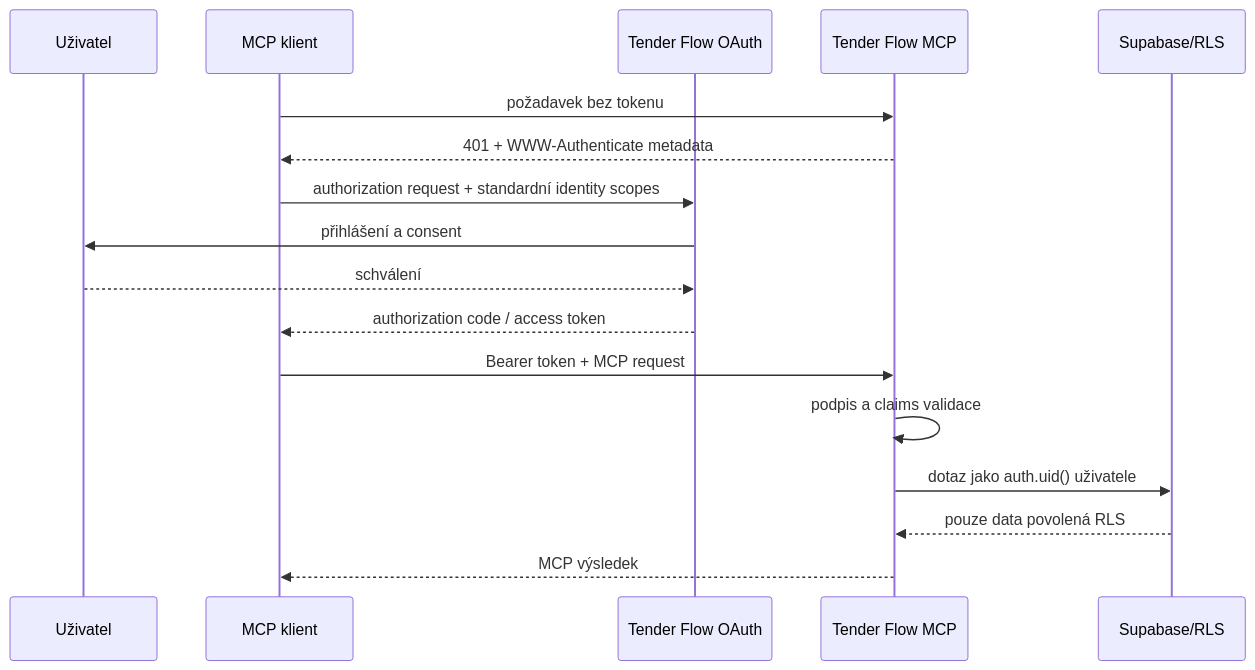
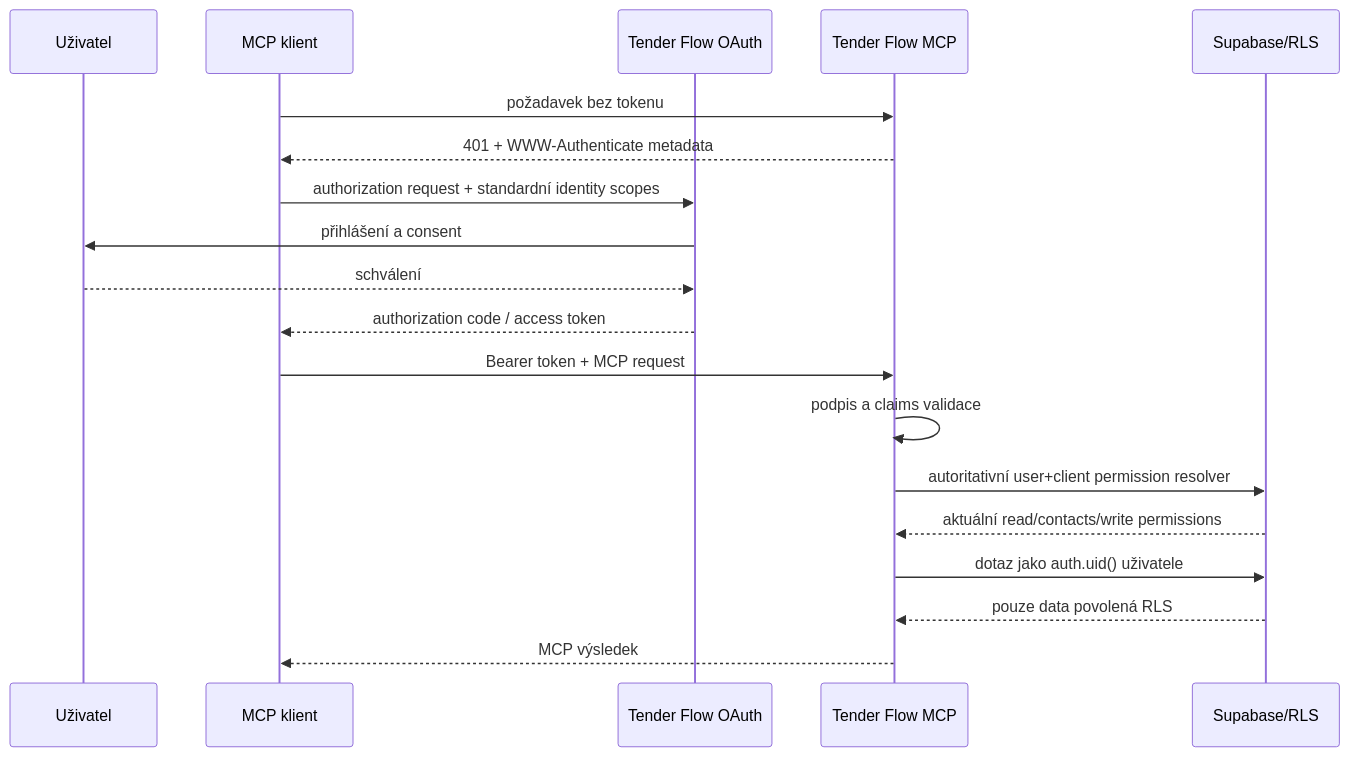
Before and after one commit to Martin82K/Tender-Flow: the diagram in docs/mcp/authentication.md, drawn with Mermaid. The commit also changed other lines of this file and 25 other files, not shown here.

````diff
--- a/docs/mcp/authentication.md
+++ b/docs/mcp/authentication.md
@@ -13,19 +13,21 @@
 ```mermaid
 sequenceDiagram
   participant U as Uživatel
   participant C as MCP klient
   participant O as Tender Flow OAuth
   participant M as Tender Flow MCP
   participant D as Supabase/RLS
   C->>M: požadavek bez tokenu
   M-->>C: 401 + WWW-Authenticate metadata
   C->>O: authorization request + standardní identity scopes
   O->>U: přihlášení a consent
   U-->>O: schválení
   O-->>C: authorization code / access token
   C->>M: Bearer token + MCP request
   M->>M: podpis a claims validace
+  M->>D: autoritativní user+client permission resolver
+  D-->>M: aktuální read/contacts/write permissions
   M->>D: dotaz jako auth.uid() uživatele
   D-->>M: pouze data povolená RLS
   M-->>C: MCP výsledek
 ```
````
